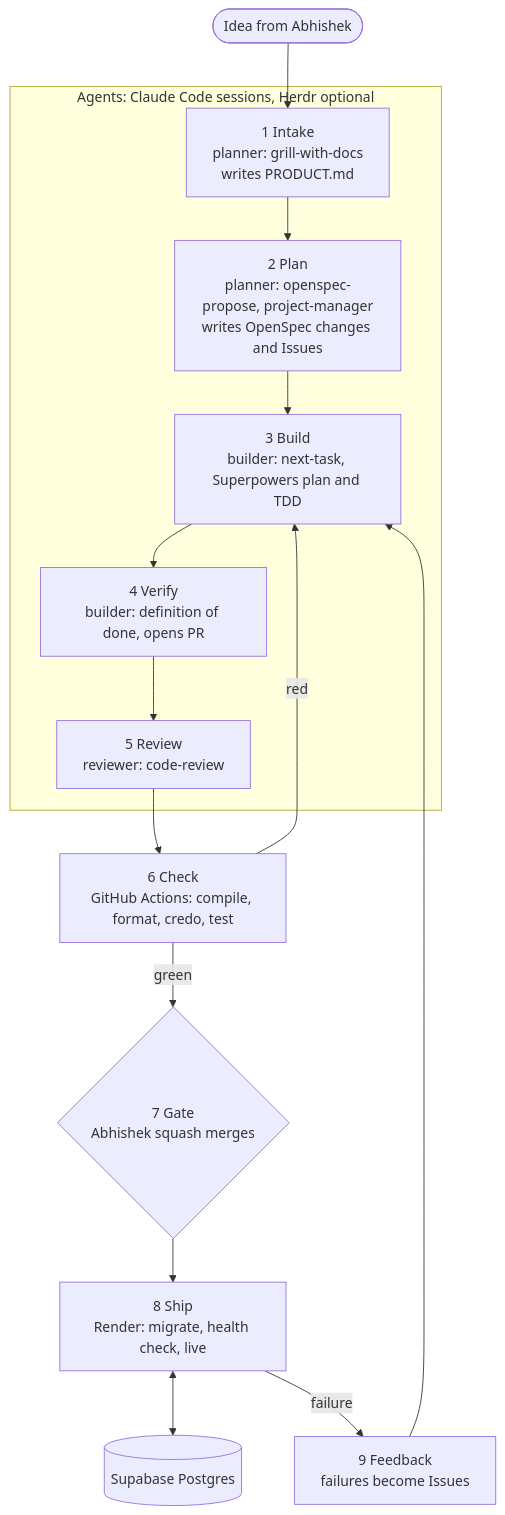
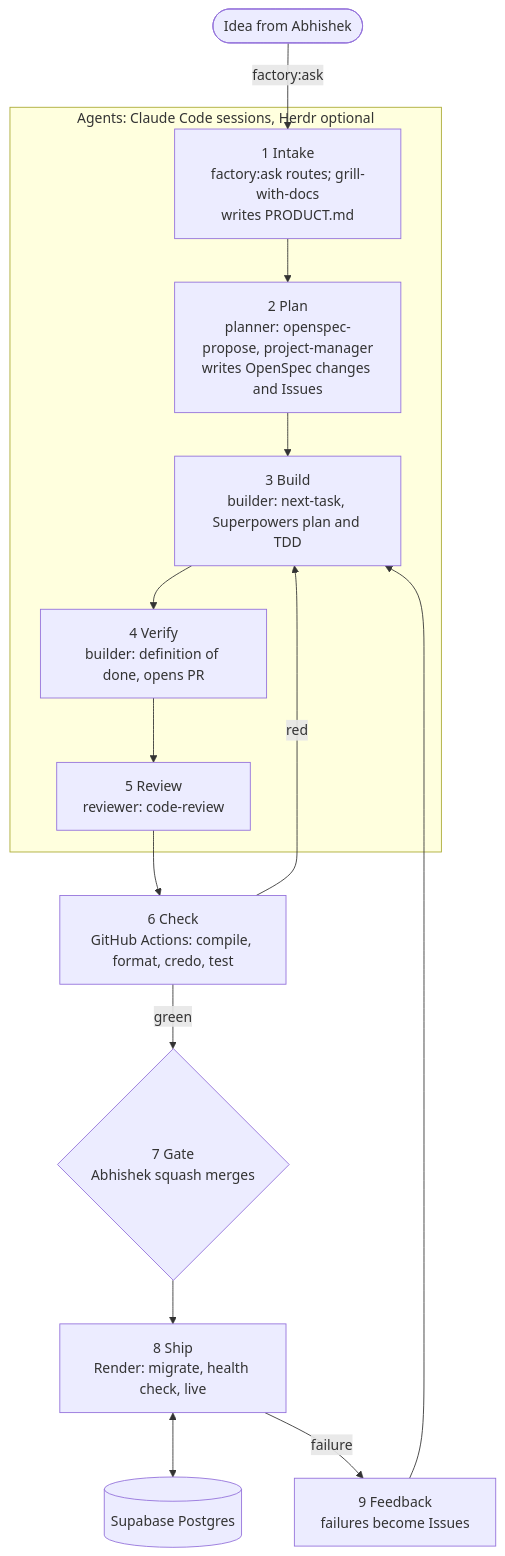
One commit to darth-dodo/maya changed the first of 2 diagrams in FACTORY.md. Above: the diagram before and after it, drawn with Mermaid. The commit also changed other lines of this file and 13 other files, not shown here.

First line of the commit message:
feat(factory): add the factory:ask intake skill

````diff
--- a/FACTORY.md
+++ b/FACTORY.md
@@ -40,22 +40,22 @@
 ```mermaid
 flowchart TD
-    idea([Idea from Abhishek]) --> intake
+    idea([Idea from Abhishek]) -->|factory:ask| intake
     subgraph agents [Agents: Claude Code sessions, Herdr optional]
-        intake["1 Intake<br/>planner: grill-with-docs<br/>writes PRODUCT.md"]
+        intake["1 Intake<br/>factory:ask routes; grill-with-docs<br/>writes PRODUCT.md"]
         plan["2 Plan<br/>planner: openspec-propose, project-manager<br/>writes OpenSpec changes and Issues"]
         build["3 Build<br/>builder: next-task, Superpowers plan and TDD"]
         verify["4 Verify<br/>builder: definition of done, opens PR"]
         review["5 Review<br/>reviewer: code-review"]
     end
     check["6 Check<br/>GitHub Actions: compile, format, credo, test"]
     gate{"7 Gate<br/>Abhishek squash merges"}
     ship["8 Ship<br/>Render: migrate, health check, live"]
     db[(Supabase Postgres)]
     feedback["9 Feedback<br/>failures become Issues"]
     intake --> plan --> build --> verify --> review --> check
     check -- red --> build
     check -- green --> gate
     gate --> ship
     ship <--> db
     ship -- failure --> feedback --> build
 ```
````
